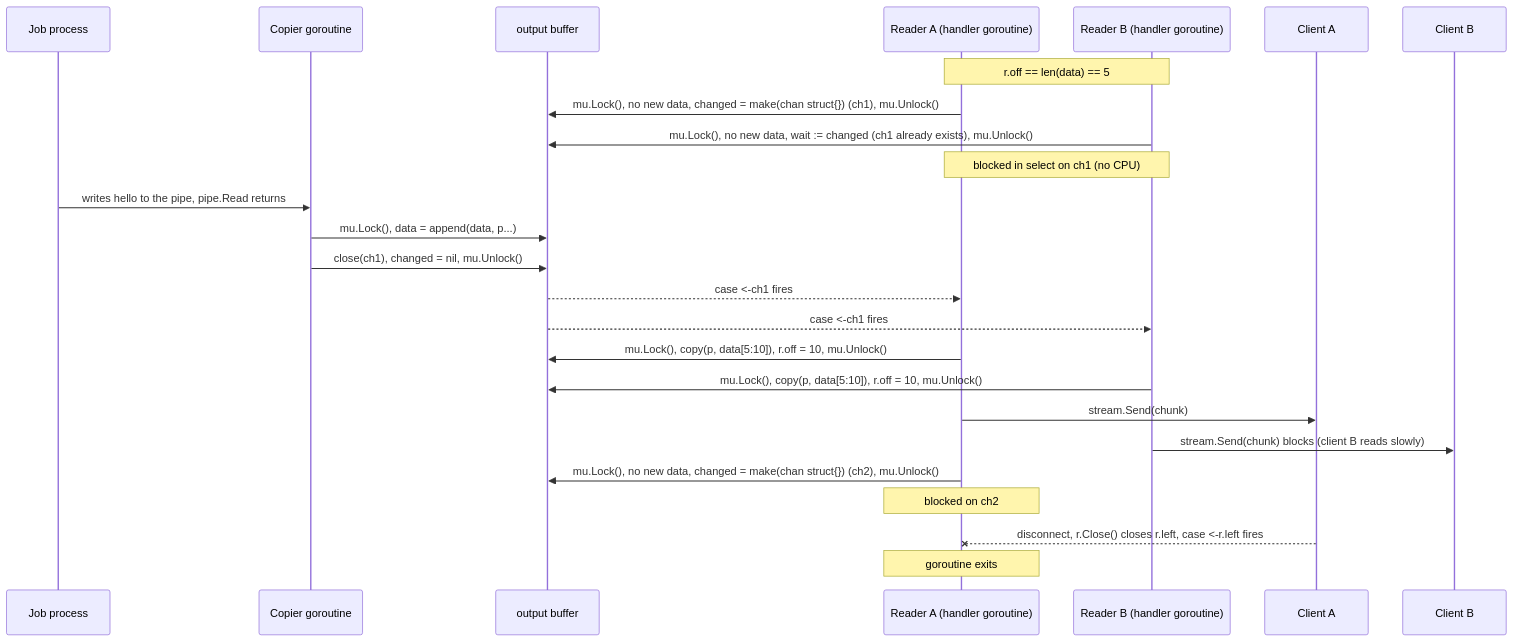
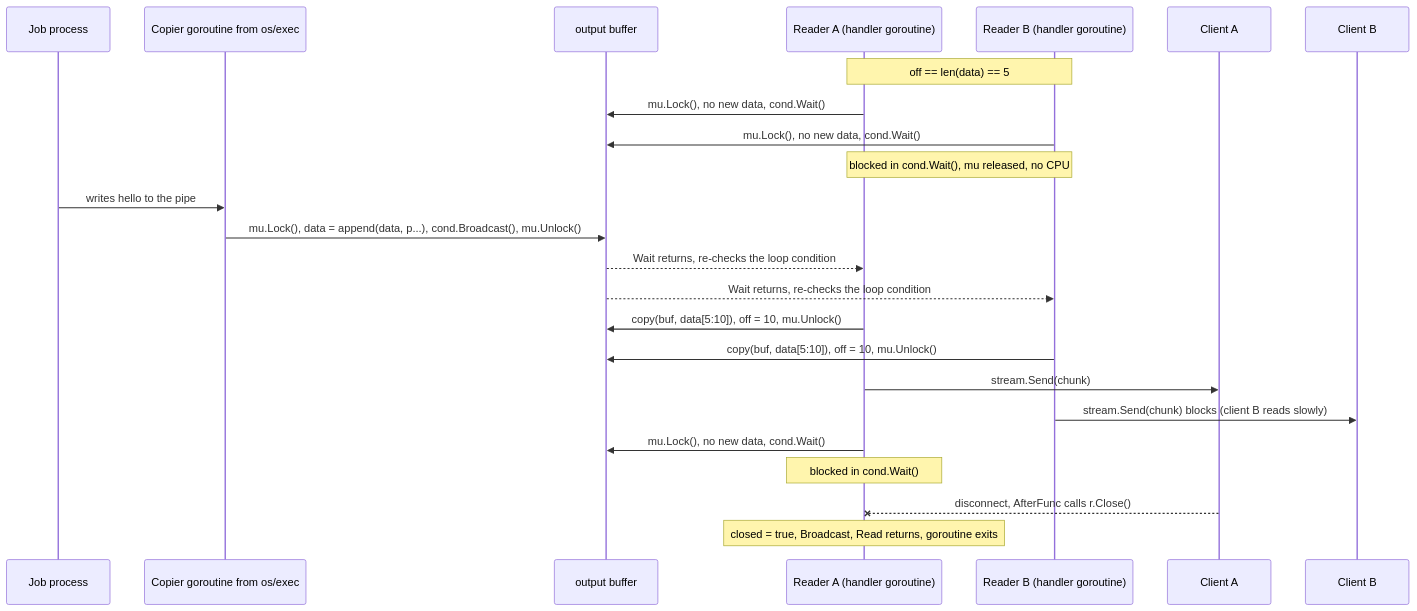
Before and after one commit to jimmytsang/api_linux_jimmy: the second of 2 diagrams in docs/design.md, drawn with Mermaid. The commit also changed other lines of this file, not shown here.

````diff
--- a/docs/design.md
+++ b/docs/design.md
@@ -154,28 +218,27 @@
 ```mermaid
 sequenceDiagram
     participant P as Job process
-    participant C as Copier goroutine
+    participant C as Copier goroutine from os/exec
     participant Buf as output buffer
     participant A as Reader A (handler goroutine)
     participant B as Reader B (handler goroutine)
     participant CA as Client A
     participant CB as Client B
 
-    Note over A,B: r.off == len(data) == 5
-    A ->> Buf: mu.Lock(), no new data, changed = make(chan struct{}) (ch1), mu.Unlock()
-    B ->> Buf: mu.Lock(), no new data, wait := changed (ch1 already exists), mu.Unlock()
-    Note over A,B: blocked in select on ch1 (no CPU)
-    P ->> C: writes hello to the pipe, pipe.Read returns
-    C ->> Buf: mu.Lock(), data = append(data, p...)
-    C ->> Buf: close(ch1), changed = nil, mu.Unlock()
-    Buf -->> A: case <-ch1 fires
-    Buf -->> B: case <-ch1 fires
-    A ->> Buf: mu.Lock(), copy(p, data[5:10]), r.off = 10, mu.Unlock()
-    B ->> Buf: mu.Lock(), copy(p, data[5:10]), r.off = 10, mu.Unlock()
+    Note over A,B: off == len(data) == 5
+    A ->> Buf: mu.Lock(), no new data, cond.Wait()
+    B ->> Buf: mu.Lock(), no new data, cond.Wait()
+    Note over A,B: blocked in cond.Wait(), mu released, no CPU
+    P ->> C: writes hello to the pipe
+    C ->> Buf: mu.Lock(), data = append(data, p...), cond.Broadcast(), mu.Unlock()
+    Buf -->> A: Wait returns, re-checks the loop condition
+    Buf -->> B: Wait returns, re-checks the loop condition
+    A ->> Buf: copy(buf, data[5:10]), off = 10, mu.Unlock()
+    B ->> Buf: copy(buf, data[5:10]), off = 10, mu.Unlock()
     A ->> CA: stream.Send(chunk)
     B ->> CB: stream.Send(chunk) blocks (client B reads slowly)
-    A ->> Buf: mu.Lock(), no new data, changed = make(chan struct{}) (ch2), mu.Unlock()
-    Note over A: blocked on ch2
-    CA --x A: disconnect, r.Close() closes r.left, case <-r.left fires
-    Note over A: goroutine exits
+    A ->> Buf: mu.Lock(), no new data, cond.Wait()
+    Note over A: blocked in cond.Wait()
+    CA --x A: disconnect, AfterFunc calls r.Close()
+    Note over A: closed = true, Broadcast, Read returns, goroutine exits
 ```
````
